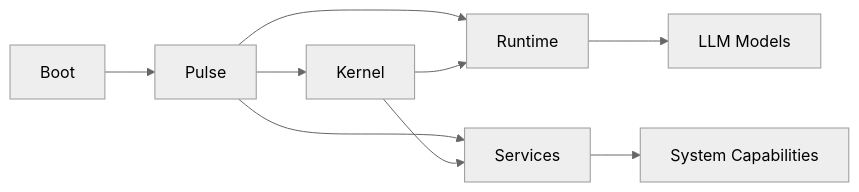
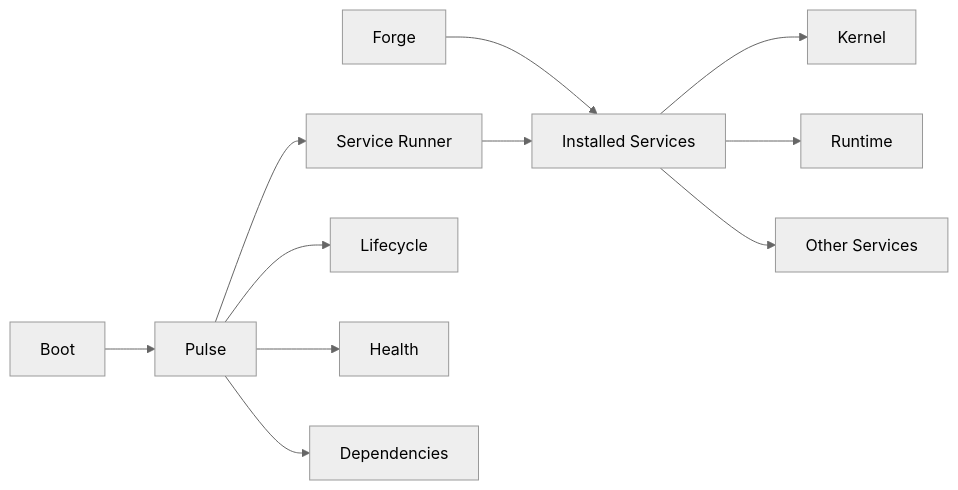
Before and after one commit to ARC-V2-AI/ARC-V2-Core: the diagram in README.md, drawn with Mermaid (neutral theme). The commit also changed other lines of this file and 7 other files, not shown here.

Commit message:
New Core structure adapted. Functioning version of forge and pulse. Updated Readme with architecture explanation.

````diff
--- a/README.md
+++ b/README.md
@@ -32,14 +33,17 @@
 ```mermaid
 flowchart LR
     Boot["Boot"] --> Pulse["Pulse"]
 
-    Pulse --> Kernel["Kernel"]
-    Pulse --> Runtime["Runtime"]
-    Pulse --> Services["Services"]
+    Forge["Forge"] --> Services["Installed Services"]
 
-    Kernel --> Runtime
-    Kernel --> Services
+    Pulse --> Runner["Service Runner"]
+    Runner --> Services
 
-    Runtime --> Models["LLM Models"]
-    Services --> Capabilities["System Capabilities"]
+    Pulse --> Lifecycle["Lifecycle"]
+    Pulse --> Health["Health"]
+    Pulse --> Dependencies["Dependencies"]
+
+    Services --> Kernel["Kernel"]
+    Services --> Runtime["Runtime"]
+    Services --> Other["Other Services"]
 ```
````
